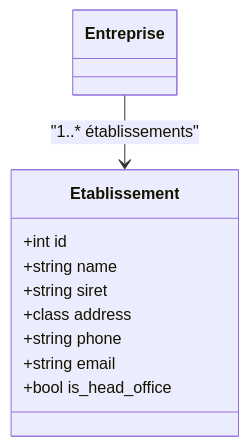
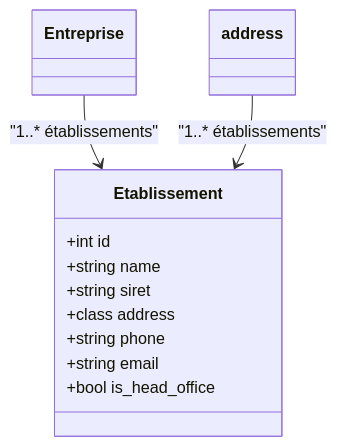
One commit to arbph-dev/codeIgniter-appCms changed the diagram in documentation/METIERS/index.md. Above: the diagram before and after it, drawn with Mermaid. The commit also changed other lines of this file, not shown here.

````diff
--- a/documentation/METIERS/index.md
+++ b/documentation/METIERS/index.md
@@ -18,18 +18,18 @@
 ```mermaid
 classDiagram
     %% ====================
     %%     Etablissements
     %% ====================
     class Etablissement {
         +int id
         +string name
         +string siret
         +class address
         +string phone
         +string email
         +bool is_head_office
     }
     
     Entreprise --> Etablissement : "1..* établissements"
-    
+    address --> Etablissement : "1..* établissements"
 ```
````
